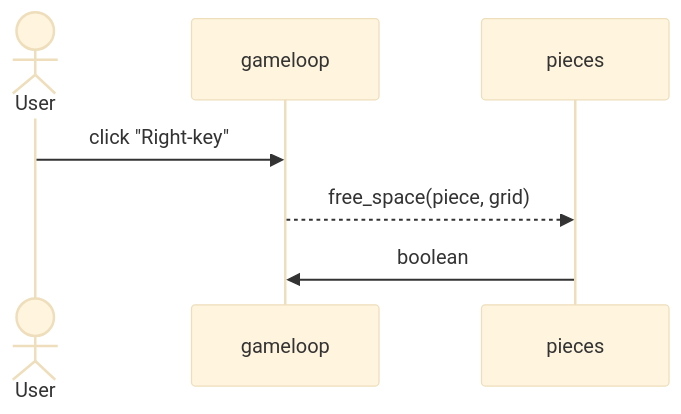
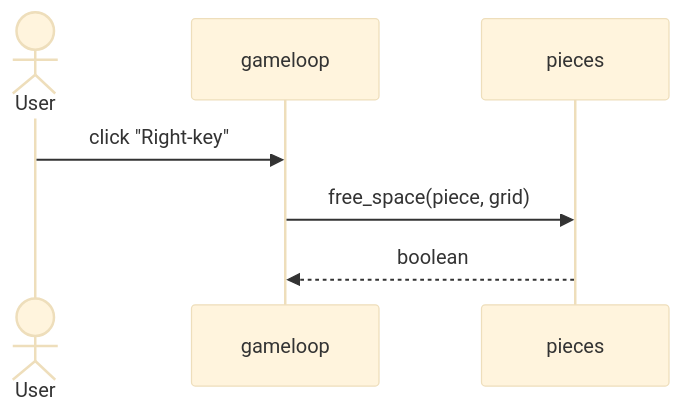
The second of 2 diagrams in dokumentaatio/arkkitehtuuri.md (HYTApio/ot-harjoitustyo), drawn with Mermaid (base theme) before and after one commit.

````diff
--- a/dokumentaatio/arkkitehtuuri.md
+++ b/dokumentaatio/arkkitehtuuri.md
@@ -20,9 +20,9 @@
 ```mermaid
 sequenceDiagram
   actor User
   participant gameloop
   participant pieces
   User->>gameloop: click "Right-key"
-  gameloop-->>pieces: free_space(piece, grid)
-  pieces->>gameloop: boolean
+  gameloop->>pieces: free_space(piece, grid)
+  pieces-->>gameloop: boolean
 ```
````
